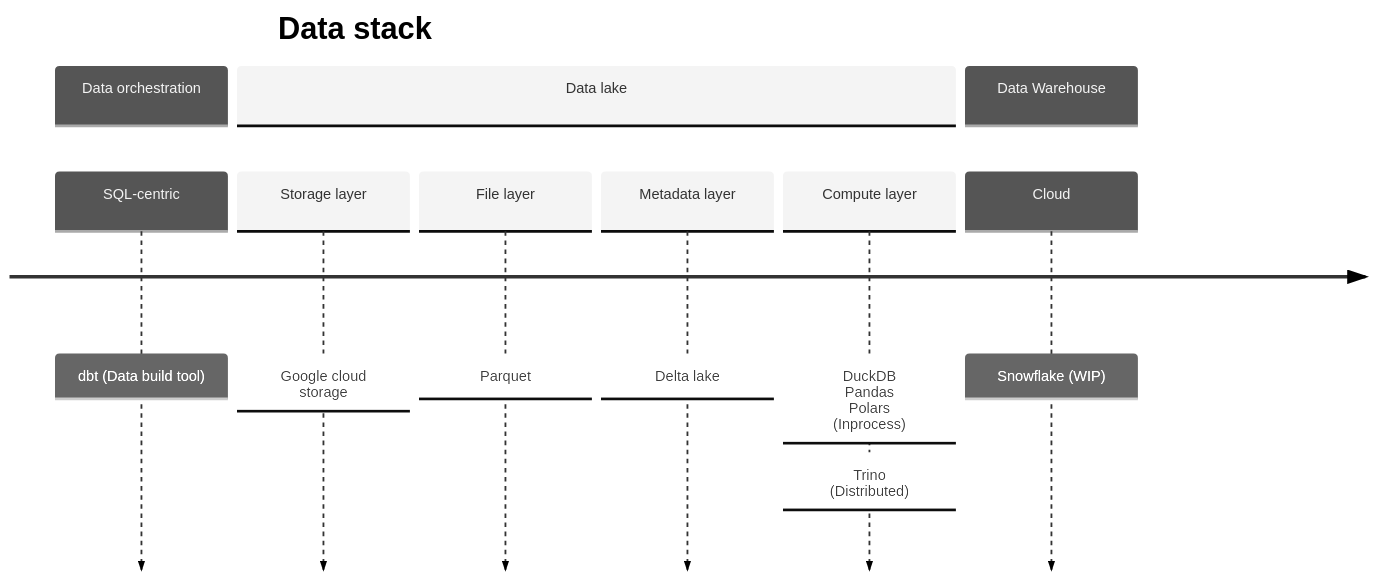
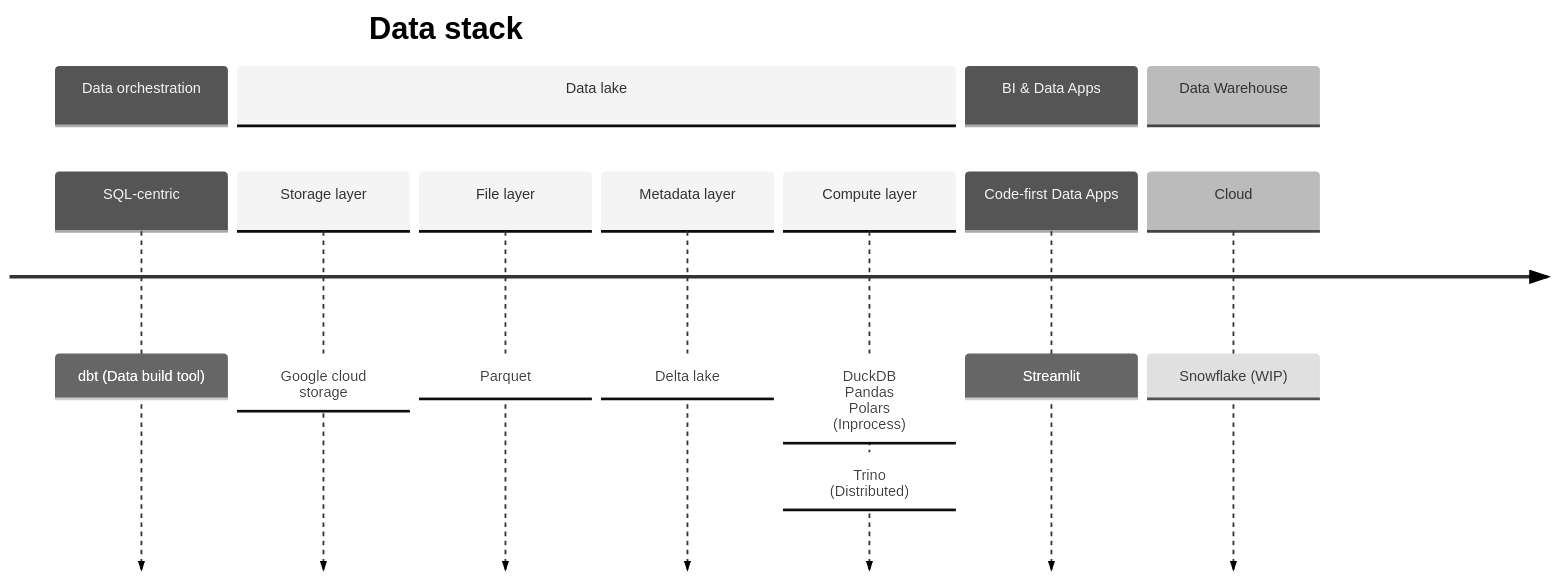
Before and after one commit to srikanthkote/trade_dbt_project: the first of 2 diagrams in README.md, drawn with Mermaid. The commit also changed 2 other files, not shown here.

Commit message:
Integrating streamlit data app

````diff
--- a/README.md
+++ b/README.md
@@ -8,17 +8,19 @@
 ```mermaid
 ---
 config:
   theme: neutral
 ---
 timeline
     title Data stack
     section Data orchestration
         SQL-centric : dbt (Data build tool)
     section Data lake
         Storage layer : Google cloud storage
         File layer : Parquet
         Metadata layer : Delta lake 
         Compute layer :  DuckDB <br> Pandas <br> Polars <br> (Inprocess) : Trino <br> (Distributed)
+    section BI & Data Apps
+        Code-first Data Apps : Streamlit        
     section Data Warehouse
         Cloud : Snowflake (WIP)
 ```
````
